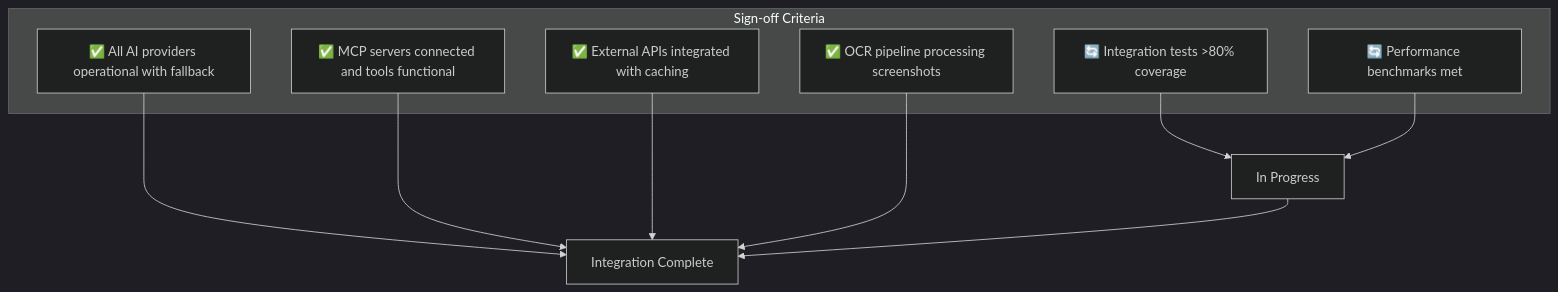
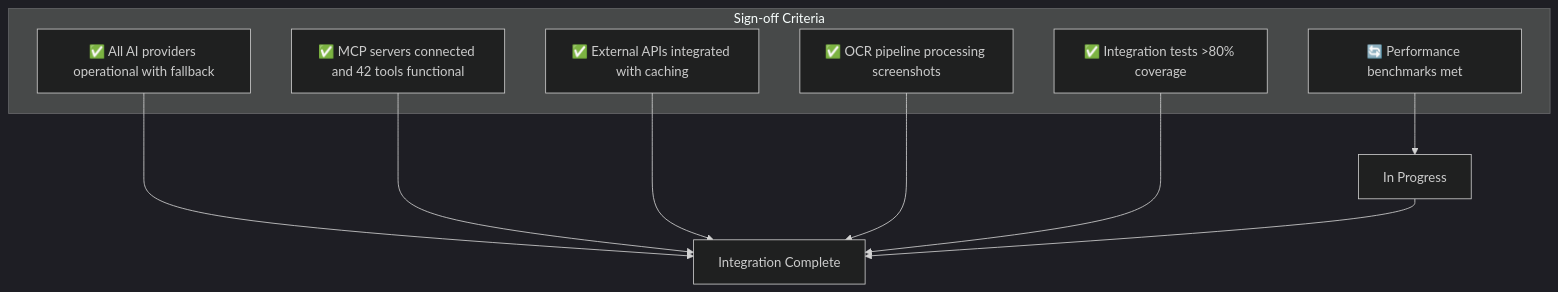
Diagram 18 of 18 in docs/00-core-docs/007_SIP_Software_Integration_Plan.md (exatfrds67/umamusume-career-planner), drawn with Mermaid (dark theme) before and after one commit. The commit also changed other lines of this file and 111 other files, not shown here.

````diff
--- a/docs/00-core-docs/007_SIP_Software_Integration_Plan.md
+++ b/docs/00-core-docs/007_SIP_Software_Integration_Plan.md
@@ -630,21 +682,21 @@
 ```mermaid
 flowchart TD
     subgraph Criteria["Sign-off Criteria"]
         C1["✅ All AI providers operational with fallback"]
-        C2["✅ MCP servers connected and tools functional"]
+        C2["✅ MCP servers connected and 42 tools functional"]
         C3["✅ External APIs integrated with caching"]
         C4["✅ OCR pipeline processing screenshots"]
-        C5["🔄 Integration tests >80% coverage"]
+        C5["✅ Integration tests >80% coverage"]
         C6["🔄 Performance benchmarks met"]
     end
 
     C1 --> Complete
     C2 --> Complete
     C3 --> Complete
     C4 --> Complete
-    C5 --> InProgress["In Progress"]
-    C6 --> InProgress
+    C5 --> Complete
+    C6 --> InProgress["In Progress"]
 
     Complete["Integration Complete"]
     InProgress --> Complete
 ```
````
